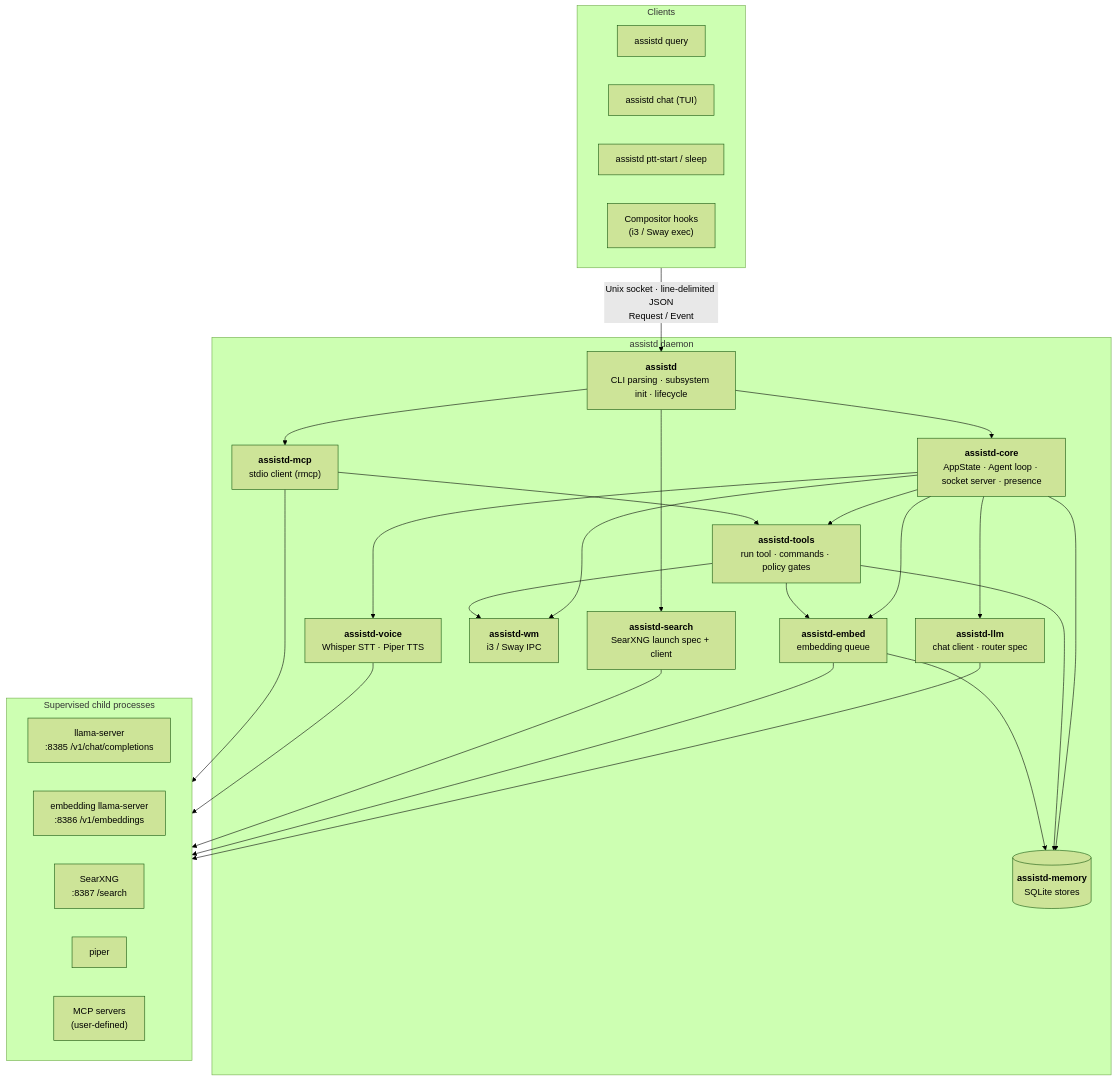
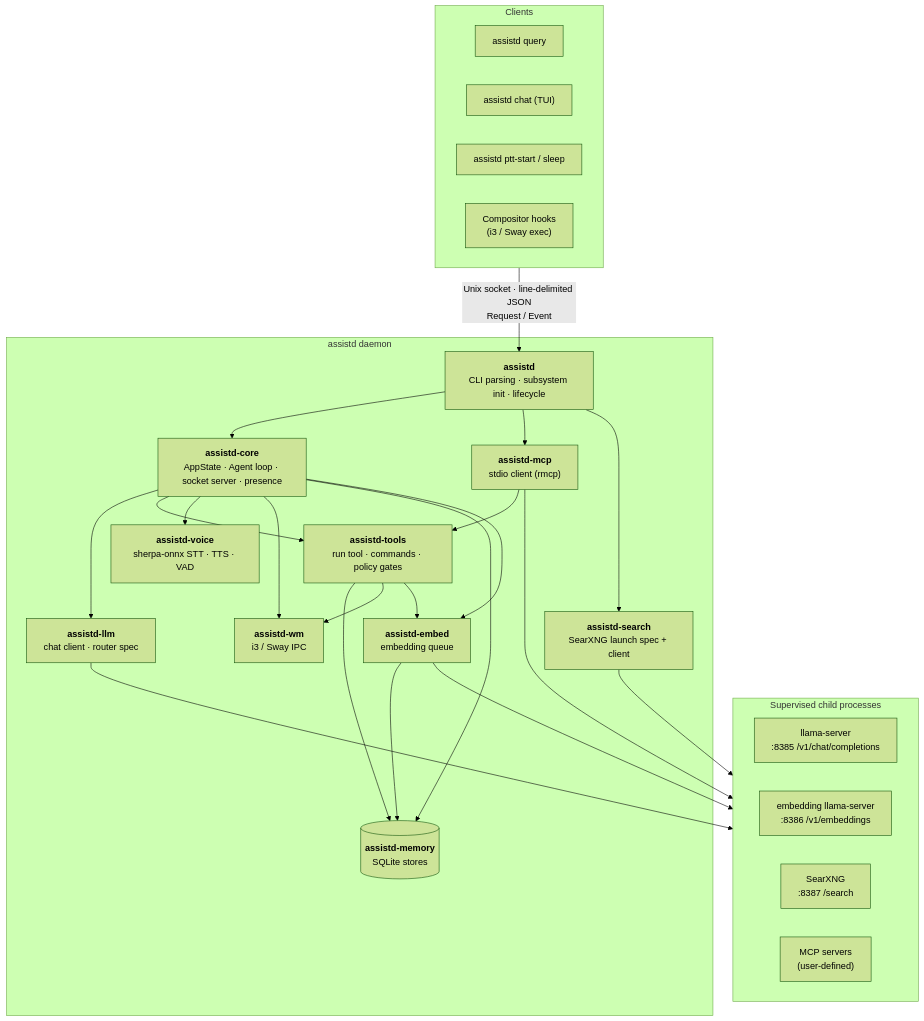
The diagram in docs/architecture.md (gnolruf/assistd), drawn with Mermaid (forest theme) before and after one commit. The commit also changed other lines of this file and 80 other files, not shown here.

First line of the commit message:
Move voice to sherpa-onnx: TTS, Parakeet STT and keyword-spotted wake word (#531)

````diff
--- a/docs/architecture.md
+++ b/docs/architecture.md
@@ -10,47 +10,45 @@
 ```mermaid
 flowchart TB
     subgraph clients["Clients"]
         direction LR
         query["assistd query"]
         chat["assistd chat (TUI)"]
         ptt["assistd ptt-start / sleep"]
         hooks["Compositor hooks<br/>(i3 / Sway exec)"]
     end
 
     subgraph daemon["assistd daemon"]
         bin["<b>assistd</b><br/>CLI parsing · subsystem init · lifecycle"]
         core["<b>assistd-core</b><br/>AppState · Agent loop · socket server · presence"]
         llm["<b>assistd-llm</b><br/>chat client · router spec"]
         tools["<b>assistd-tools</b><br/>run tool · commands · policy gates"]
-        voice["<b>assistd-voice</b><br/>Whisper STT · Piper TTS"]
+        voice["<b>assistd-voice</b><br/>sherpa-onnx STT · TTS · VAD"]
         wm["<b>assistd-wm</b><br/>i3 / Sway IPC"]
         mcp["<b>assistd-mcp</b><br/>stdio client (rmcp)"]
         memory[("<b>assistd-memory</b><br/>SQLite stores")]
         embed["<b>assistd-embed</b><br/>embedding queue"]
         search["<b>assistd-search</b><br/>SearXNG launch spec + client"]
     end
 
     subgraph external["Supervised child processes"]
         direction LR
         llama["llama-server<br/>:8385 /v1/chat/completions"]
         embedsrv["embedding llama-server<br/>:8386 /v1/embeddings"]
         searxng["SearXNG<br/>:8387 /search"]
-        piper["piper"]
         mcpsrv["MCP servers<br/>(user-defined)"]
     end
 
     clients -- "Unix socket · line-delimited JSON<br/>Request / Event" --> bin
     bin --> core
     bin --> mcp & search
     core --> llm & tools & voice & wm & memory & embed
     tools --> memory & wm
     mcp --> tools
     embed --> memory
     tools --> embed
 
     llm --> llama
     embed --> embedsrv
     search --> searxng
-    voice --> piper
     mcp --> mcpsrv
 ```
````
